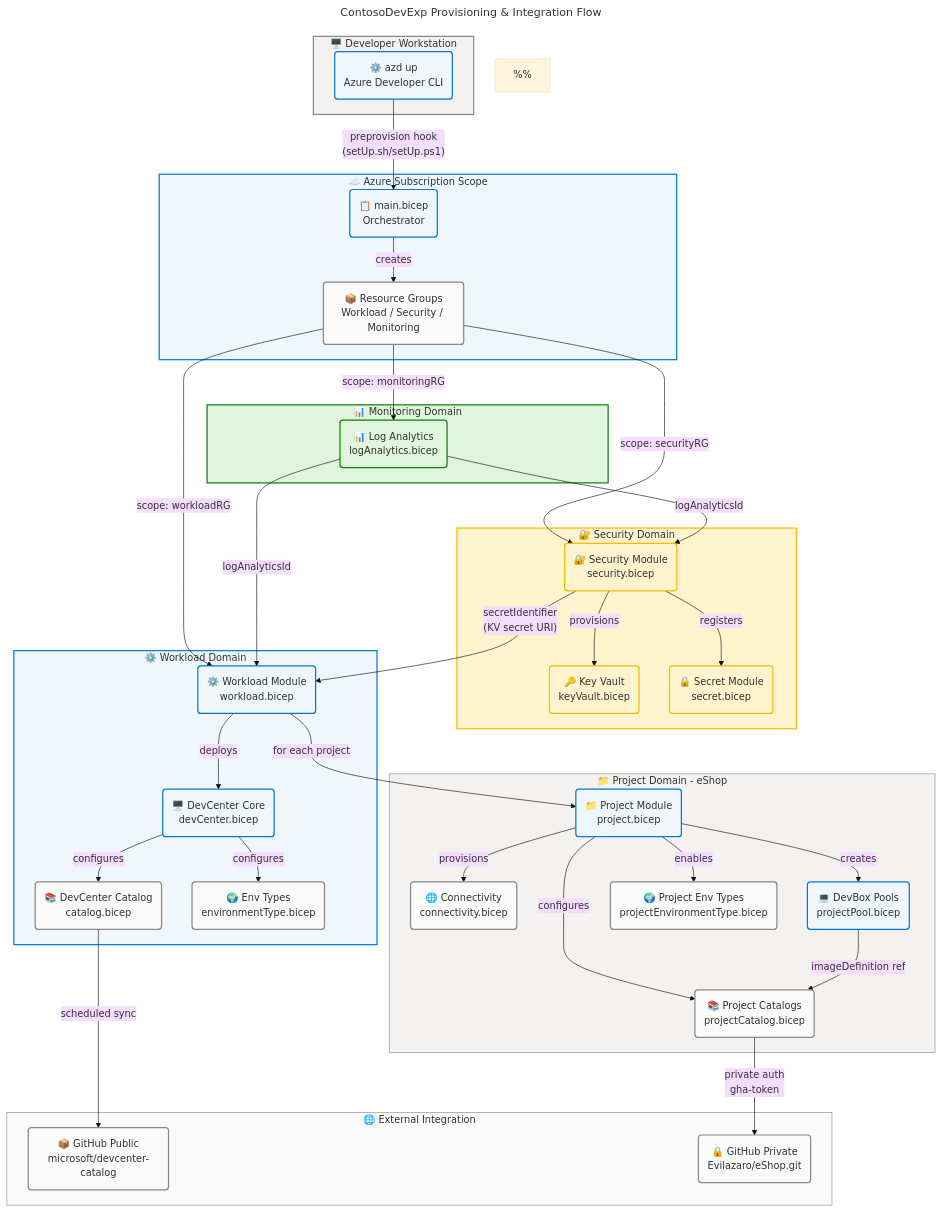
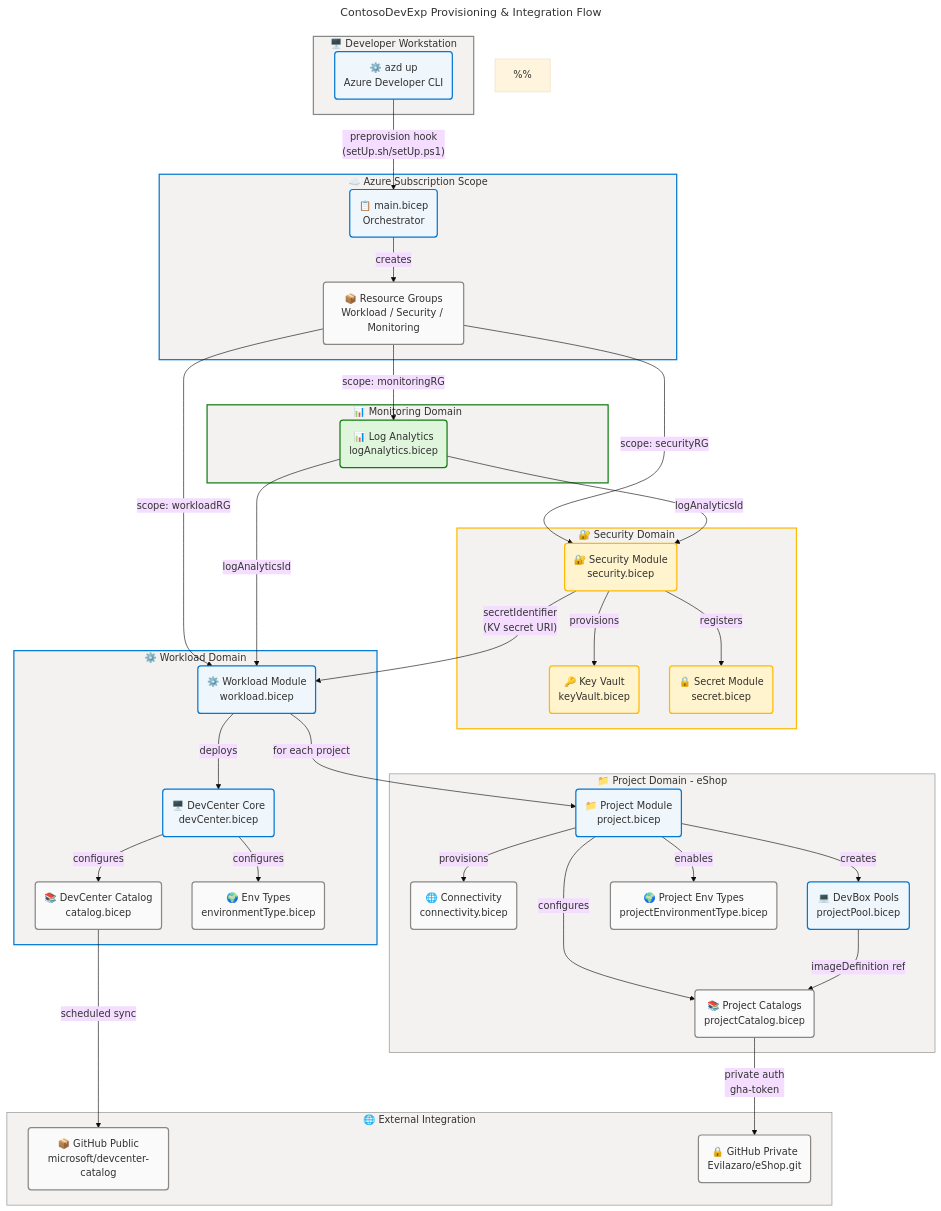
Before and after one commit to Evilazaro/DevExp-DevBox: the third of 3 diagrams in docs/architecture/tech-arch.md, drawn with Mermaid. The commit also changed other lines of this file and 3 other files, not shown here.

Commit message:
Refactor architecture documentation to enhance flowchart styles and enable HTML labels for improved visualization

````diff
--- a/docs/architecture/tech-arch.md
+++ b/docs/architecture/tech-arch.md
@@ -856,10 +856,10 @@
     classDef success fill:#DFF6DD,stroke:#107C10,stroke-width:2px,color:#323130
 
     style devWorkstation fill:#F3F2F1,stroke:#8A8886,stroke-width:2px,color:#323130
-    style subscriptionScope fill:#EFF6FC,stroke:#0078D4,stroke-width:2px,color:#323130
-    style monitoringDomain fill:#DFF6DD,stroke:#107C10,stroke-width:2px,color:#323130
-    style securityDomain fill:#FFF4CE,stroke:#FFB900,stroke-width:2px,color:#323130
-    style workloadDomain fill:#EFF6FC,stroke:#0078D4,stroke-width:2px,color:#323130
+    style subscriptionScope fill:#F3F2F1,stroke:#0078D4,stroke-width:2px,color:#323130
+    style monitoringDomain fill:#F3F2F1,stroke:#107C10,stroke-width:2px,color:#323130
+    style securityDomain fill:#F3F2F1,stroke:#FFB900,stroke-width:2px,color:#323130
+    style workloadDomain fill:#F3F2F1,stroke:#0078D4,stroke-width:2px,color:#323130
     style projectDomain fill:#F3F2F1,stroke:#8A8886,stroke-width:1px,color:#323130
-    style external fill:#FAFAFA,stroke:#8A8886,stroke-width:1px,color:#323130
+    style external fill:#F3F2F1,stroke:#8A8886,stroke-width:1px,color:#323130
 ```
````
